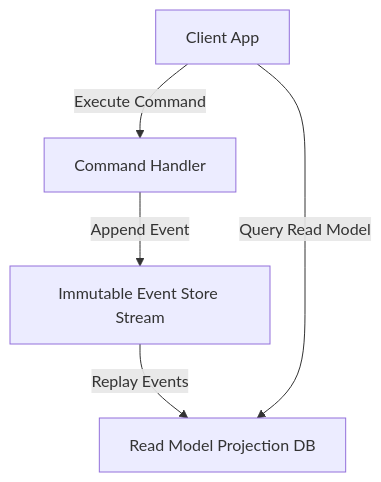
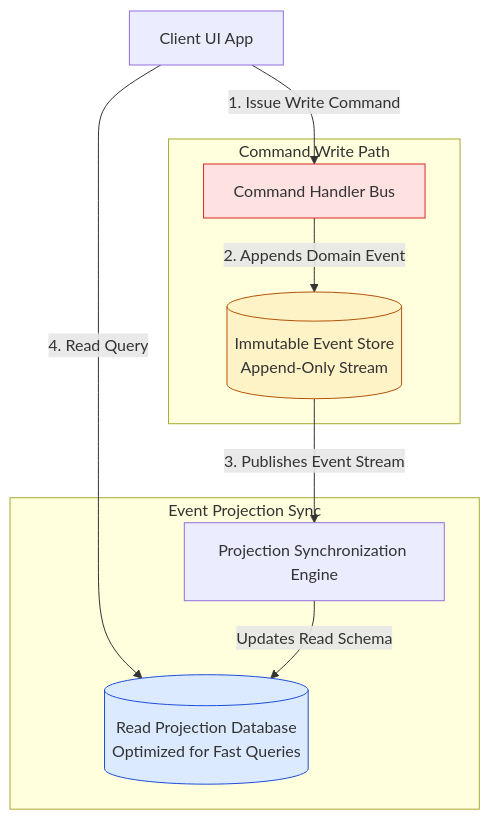
The first of 2 diagrams in js-patterns/34-cqrs-event-sourcing.md (Amie-dev/engineering-playbook), drawn with Mermaid before and after one commit. The commit also changed other lines of this file and 39 other files, not shown here.

````diff
--- a/js-patterns/34-cqrs-event-sourcing.md
+++ b/js-patterns/34-cqrs-event-sourcing.md
@@ -11,8 +18,18 @@
 ```mermaid
 flowchart TD
-    Client[Client App] -->|Execute Command| CommandHandler[Command Handler]
-    CommandHandler -->|Append Event| EventStore[Immutable Event Store Stream]
-    
-    EventStore -->|Replay Events| ReadProjection[Read Model Projection DB]
-    Client -->|Query Read Model| ReadProjection
+    Client[Client UI App] -->|1. Issue Write Command| CmdBus[Command Handler Bus]
+    Client -->|4. Read Query| ReadDB[(Read Projection Database<br/>Optimized for Fast Queries)]
+
+    subgraph Command Write Path
+        CmdBus -->|2. Appends Domain Event| EventStore[(Immutable Event Store<br/>Append-Only Stream)]
+    end
+
+    subgraph Event Projection Sync
+        EventStore -->|3. Publishes Event Stream| Projector["Projection Synchronization Engine"]
+        Projector -->|Updates Read Schema| ReadDB
+    end
+
+    style CmdBus fill:#fee2e2,stroke:#dc2626
+    style EventStore fill:#fef3c7,stroke:#b45309
+    style ReadDB fill:#dbeafe,stroke:#1d4ed8
 ```
````
